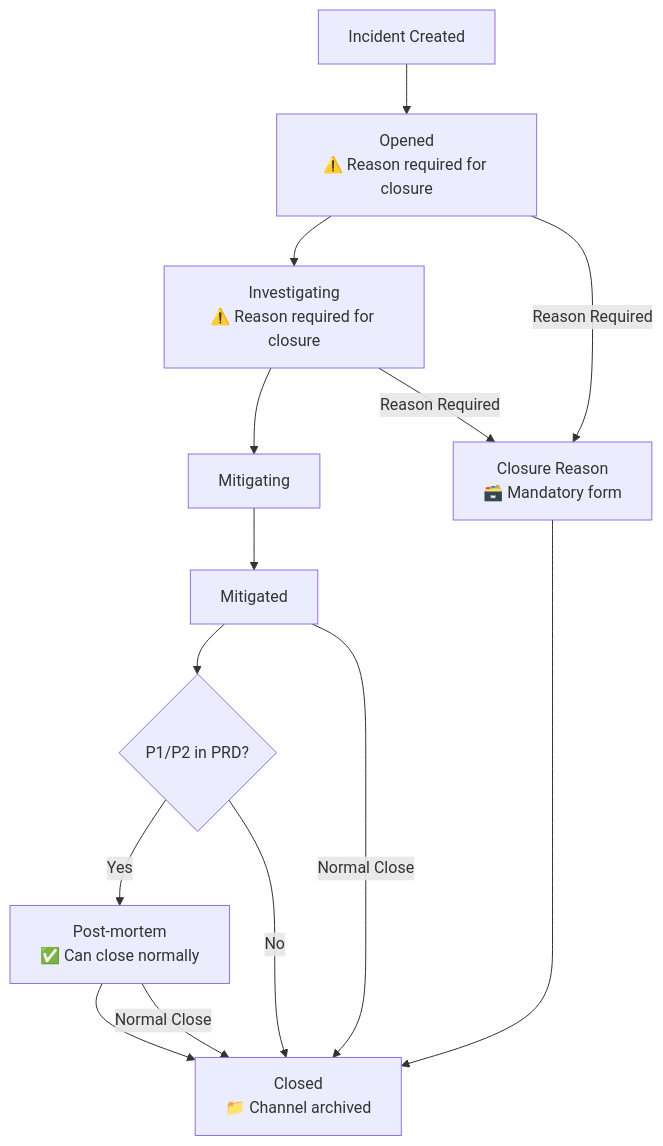
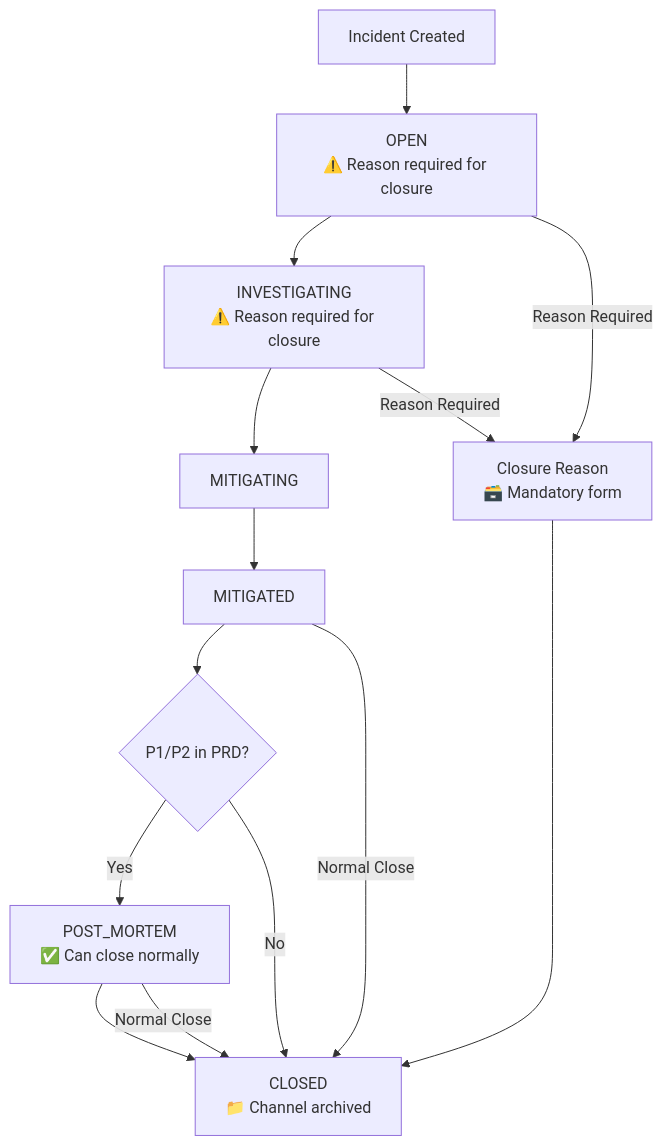
Before and after one commit to ManoManoTech/firefighter-incident: the diagram in docs/architecture/incident-closure-workflow.md, drawn with Mermaid. The commit also changed 18 other files, not shown here.

````diff
--- a/docs/architecture/incident-closure-workflow.md
+++ b/docs/architecture/incident-closure-workflow.md
@@ -11,33 +11,33 @@
 ```mermaid
 graph TD
-    A[Incident Created] --> B[Opened]
-    B --> C[Investigating]
-    C --> D[Mitigating]
-    D --> E[Mitigated]
+    A[Incident Created] --> B[OPEN]
+    B --> C[INVESTIGATING]
+    C --> D[MITIGATING]
+    D --> E[MITIGATED]
 
     %% P1/P2 PRD Path (Post-mortem Required)
     E --> F{P1/P2 in PRD?}
-    F -->|Yes| G[Post-mortem]
-    G --> H[Closed]
+    F -->|Yes| G[POST_MORTEM]
+    G --> H[CLOSED]
 
     %% P3+ Path (No Post-mortem Required)
     F -->|No| H
 
     %% Closure with Reason (Any Priority)
     B -->|Reason Required| I[Closure Reason Form]
     C -->|Reason Required| I
     I --> H
 
     %% Normal Workflow Closure
     E -->|Normal Close| H
     G -->|Normal Close| H
 
     %% Status Labels
-    B[Opened<br/>⚠️ Reason required for closure]
-    C[Investigating<br/>⚠️ Reason required for closure]
-    D[Mitigating]
-    E[Mitigated]
-    G[Post-mortem<br/>✅ Can close normally]
-    H[Closed<br/>📁 Channel archived]
+    B[OPEN<br/>⚠️ Reason required for closure]
+    C[INVESTIGATING<br/>⚠️ Reason required for closure]
+    D[MITIGATING]
+    E[MITIGATED]
+    G[POST_MORTEM<br/>✅ Can close normally]
+    H[CLOSED<br/>📁 Channel archived]
     I[Closure Reason<br/>🗃️ Mandatory form]
 ```
````
